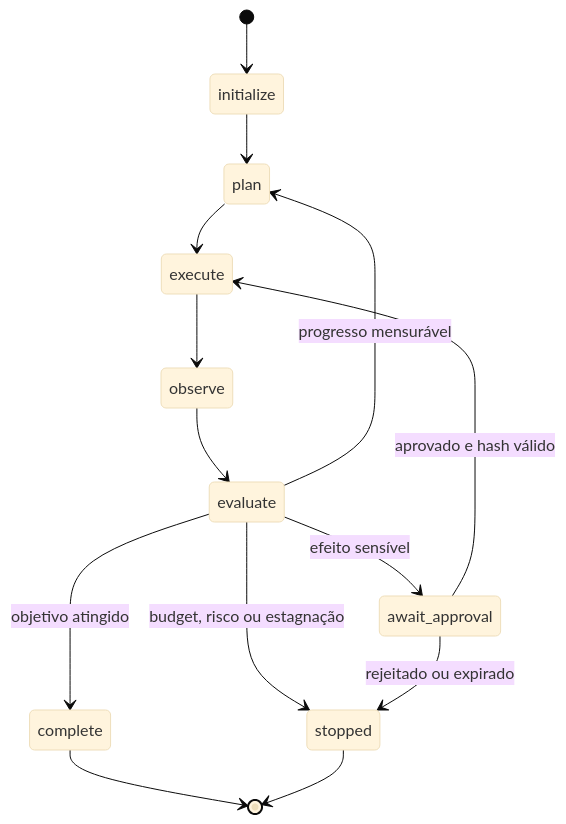
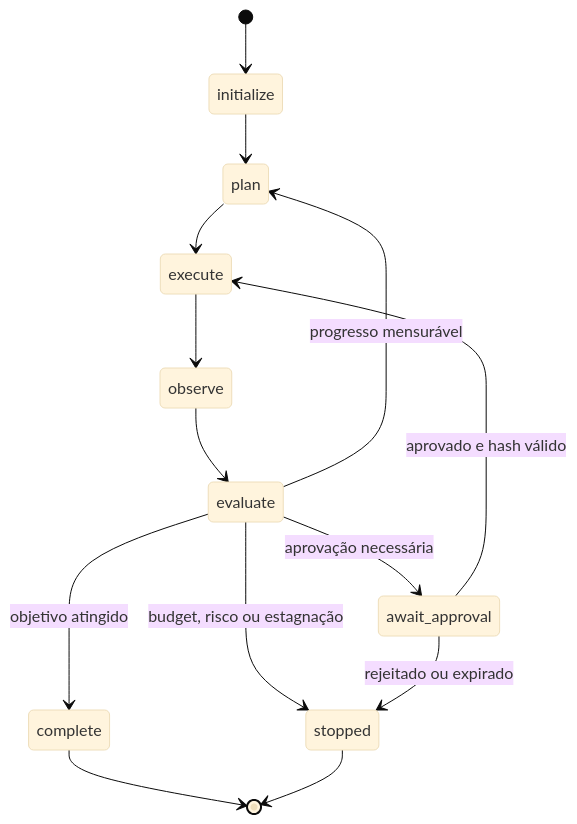
Before and after one commit to matheusflorindo32/nexus-agent-engineering-academy: the diagram in course/modules/04-loop-engineering/README.md, drawn with Mermaid (base theme). The commit also changed other lines of this file, not shown here.

````diff
--- a/course/modules/04-loop-engineering/README.md
+++ b/course/modules/04-loop-engineering/README.md
@@ -45,16 +101,16 @@
 ```mermaid
 stateDiagram-v2
     [*] --> initialize
     initialize --> plan
     plan --> execute
     execute --> observe
     observe --> evaluate
     evaluate --> complete: objetivo atingido
-    evaluate --> await_approval: efeito sensível
+    evaluate --> await_approval: aprovação necessária
     evaluate --> plan: progresso mensurável
     evaluate --> stopped: budget, risco ou estagnação
     await_approval --> execute: aprovado e hash válido
     await_approval --> stopped: rejeitado ou expirado
     complete --> [*]
     stopped --> [*]
 ```
````
